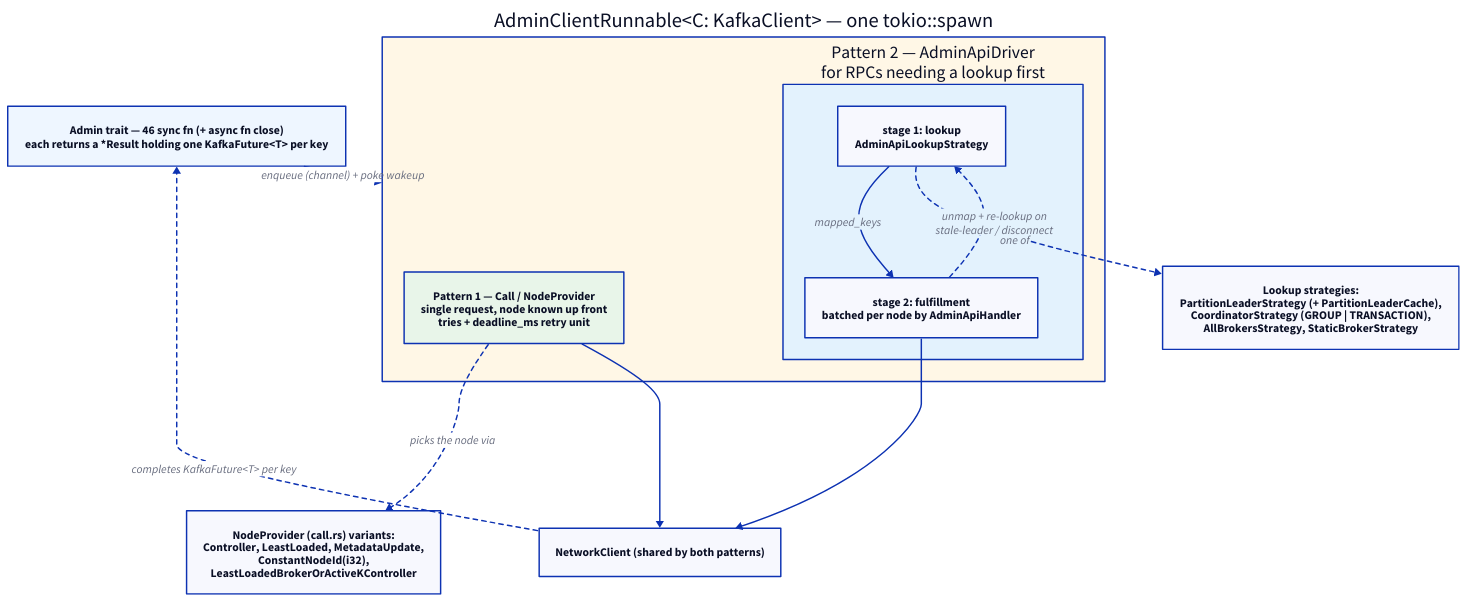
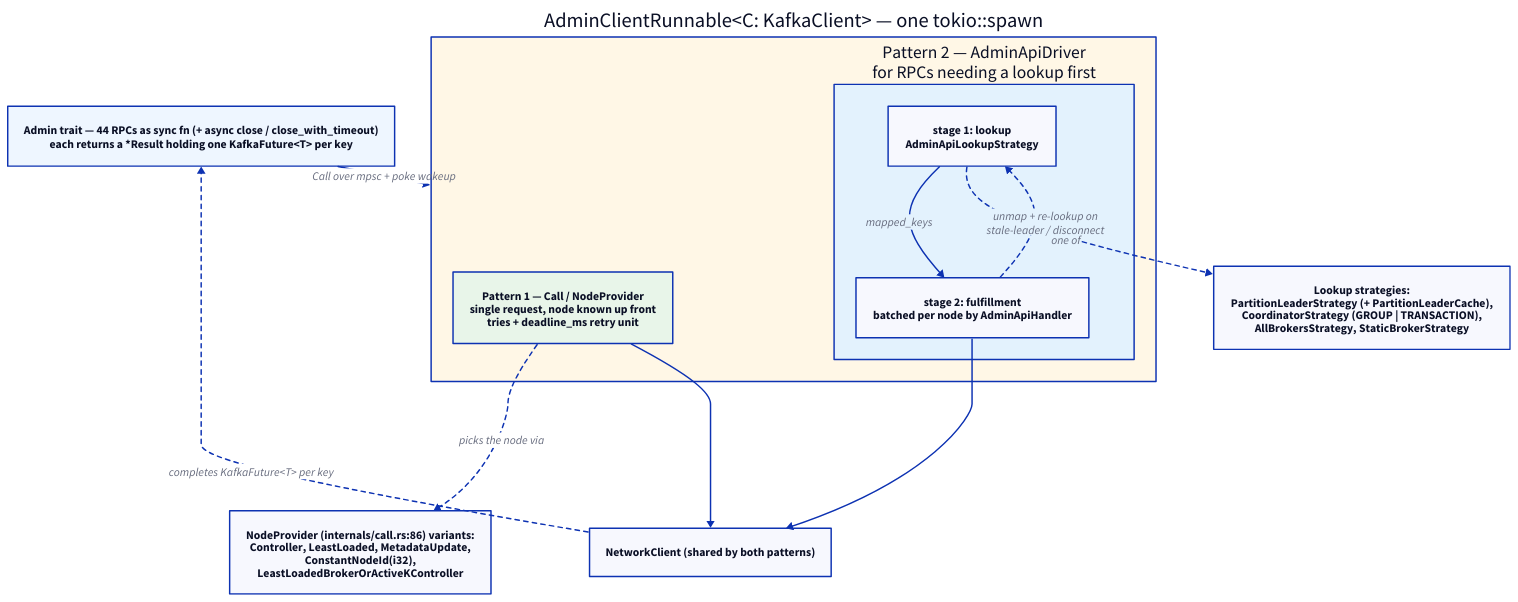
Before and after one commit to confluentinc/kafka-clients: the diagram in design/current/img/admin-dispatch.d2, drawn with D2. The commit also changed 1274 other files, not shown here.

```diff
--- a/design/current/img/admin-dispatch.d2
+++ b/design/current/img/admin-dispatch.d2
@@ -1,44 +1,44 @@
 # The two admin dispatch patterns.
 #
-# Source of truth for design/current/admin-dispatch.svg.
+# Source of truth for design/current/img/admin-dispatch.svg.
 # Render with: make -C design/current d2
 #
 # The point of this diagram: both patterns run on the SAME single background
 # task; the difference is whether the target node is known up front (Call) or
 # has to be looked up first (AdminApiDriver).
 
 direction: down
 
-api: "Admin trait — 46 sync fn (+ async fn close)\neach returns a *Result holding one KafkaFuture<T> per key" {
+api: "Admin trait — 44 RPCs as sync fn (+ async close / close_with_timeout)\neach returns a *Result holding one KafkaFuture<T> per key" {
   style.fill: "#eef6ff"
 }
 
 task: "AdminClientRunnable<C: KafkaClient> — one tokio::spawn" {
   style.fill: "#fff7e6"
 
   pattern1: "Pattern 1 — Call / NodeProvider\nsingle request, node known up front\ntries + deadline_ms retry unit" {
     style.fill: "#e8f5e9"
   }
 
   pattern2: "Pattern 2 — AdminApiDriver\nfor RPCs needing a lookup first" {
     style.fill: "#e3f2fd"
 
     lookup: "stage 1: lookup\nAdminApiLookupStrategy"
     fulfill: "stage 2: fulfillment\nbatched per node by AdminApiHandler"
 
     lookup -> fulfill: "mapped_keys"
     fulfill -> lookup: "unmap + re-lookup on\nstale-leader / disconnect" {style.stroke-dash: 3}
   }
 }
 
-providers: "NodeProvider (call.rs) variants:\nController, LeastLoaded, MetadataUpdate,\nConstantNodeId(i32),\nLeastLoadedBrokerOrActiveKController"
+providers: "NodeProvider (internals/call.rs:86) variants:\nController, LeastLoaded, MetadataUpdate,\nConstantNodeId(i32),\nLeastLoadedBrokerOrActiveKController"
 strategies: "Lookup strategies:\nPartitionLeaderStrategy (+ PartitionLeaderCache),\nCoordinatorStrategy (GROUP | TRANSACTION),\nAllBrokersStrategy, StaticBrokerStrategy"
 
-api -> task: "enqueue (channel) + poke wakeup"
+api -> task: "Call over mpsc + poke wakeup"
 task.pattern1 -> providers: "picks the node via" {style.stroke-dash: 3}
 task.pattern2.lookup -> strategies: "one of" {style.stroke-dash: 3}
 
 net: "NetworkClient (shared by both patterns)"
 task.pattern1 -> net
 task.pattern2.fulfill -> net
 net -> api: "completes KafkaFuture<T> per key" {style.stroke-dash: 3}
```
